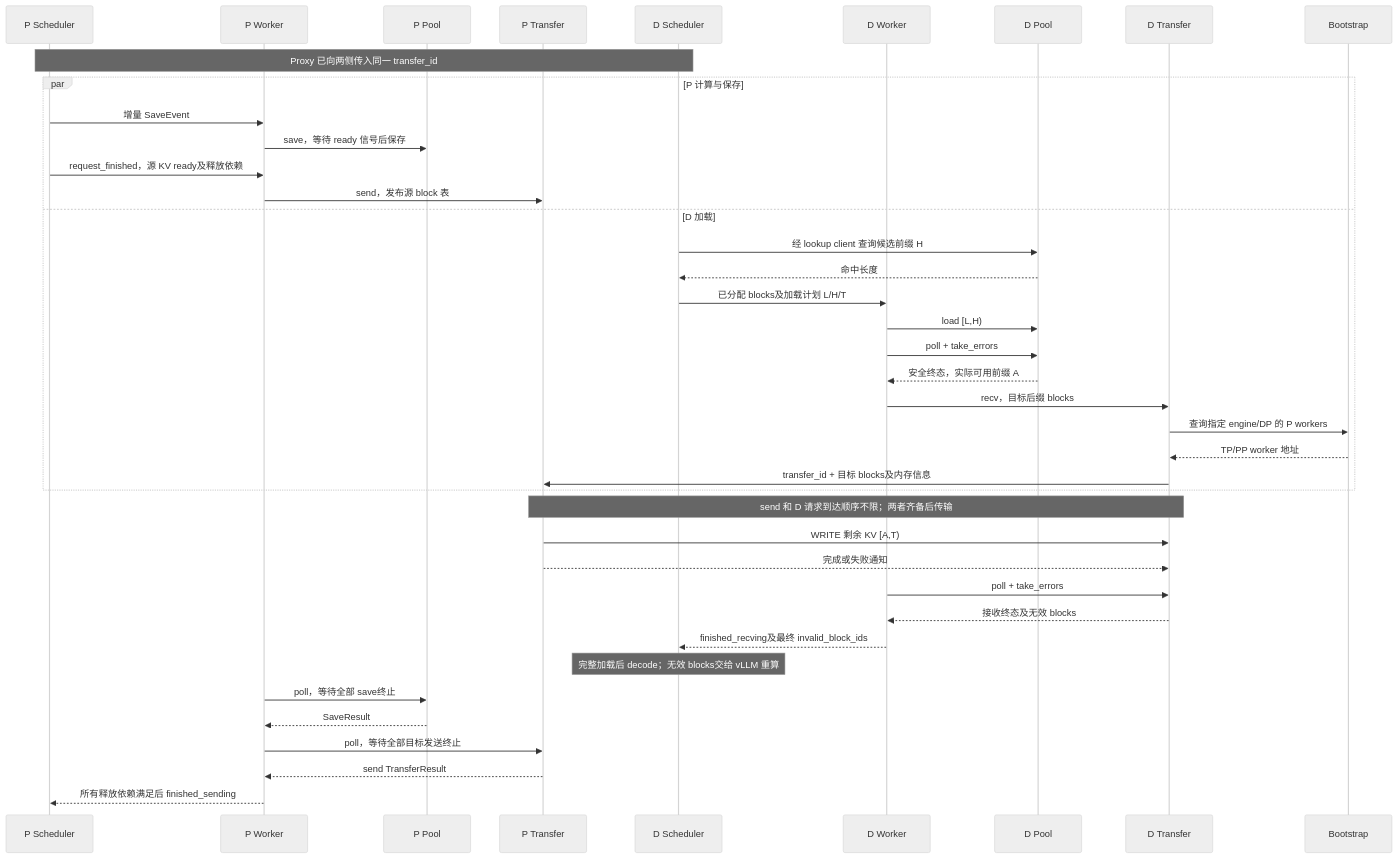
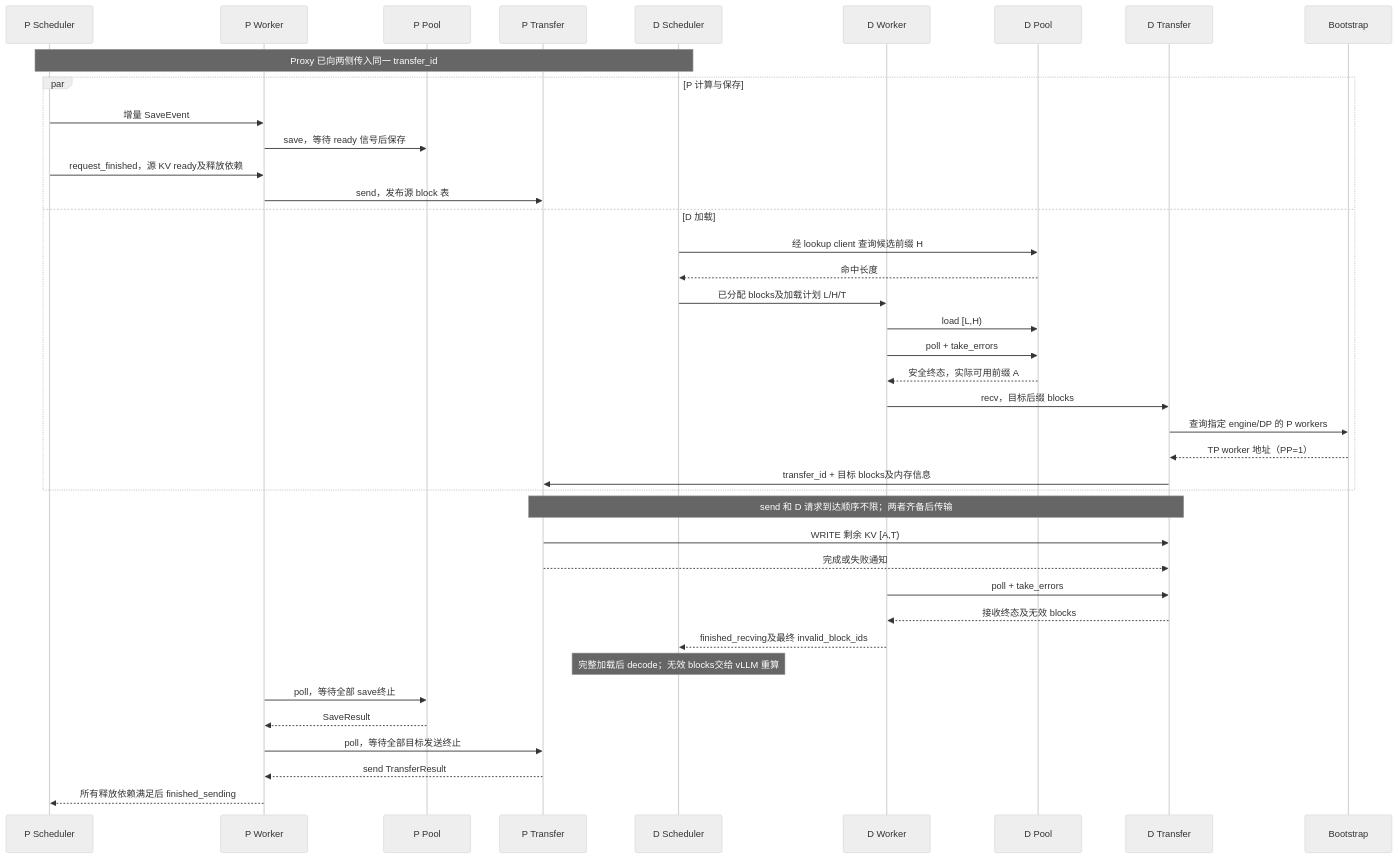
Before and after one commit to WangSu-X/MTSC: the third of 3 diagrams in docs/design/S05-pool&transfe.md, drawn with Mermaid (neutral theme). The commit also changed other lines of this file and 23 other files, not shown here.

````diff
--- a/docs/design/S05-pool&transfe.md
+++ b/docs/design/S05-pool&transfe.md
@@ -139,43 +139,43 @@
 ```mermaid
 sequenceDiagram
     participant PS as P Scheduler
     participant PW as P Worker
     participant PP as P Pool
     participant PT as P Transfer
     participant DS as D Scheduler
     participant DW as D Worker
     participant DP as D Pool
     participant DT as D Transfer
     participant BS as Bootstrap
 
     Note over PS,DS: Proxy 已向两侧传入同一 transfer_id
     par P 计算与保存
         PS->>PW: 增量 SaveEvent
         PW->>PP: save，等待 ready 信号后保存
         PS->>PW: request_finished，源 KV ready及释放依赖
         PW->>PT: send，发布源 block 表
     and D 加载
         DS->>DP: 经 lookup client 查询候选前缀 H
         DP-->>DS: 命中长度
         DS->>DW: 已分配 blocks及加载计划 L/H/T
         DW->>DP: load [L,H)
         DW->>DP: poll + take_errors
         DP-->>DW: 安全终态，实际可用前缀 A
         DW->>DT: recv，目标后缀 blocks
         DT->>BS: 查询指定 engine/DP 的 P workers
-        BS-->>DT: TP/PP worker 地址
+        BS-->>DT: TP worker 地址（PP=1）
         DT->>PT: transfer_id + 目标 blocks及内存信息
     end
     Note over PT,DT: send 和 D 请求到达顺序不限；两者齐备后传输
     PT->>DT: WRITE 剩余 KV [A,T)
     PT-->>DT: 完成或失败通知
     DW->>DT: poll + take_errors
     DT-->>DW: 接收终态及无效 blocks
     DW-->>DS: finished_recving及最终 invalid_block_ids
     Note over DS: 完整加载后 decode；无效 blocks交给 vLLM 重算
     PW->>PP: poll，等待全部 save终止
     PP-->>PW: SaveResult
     PW->>PT: poll，等待全部目标发送终止
     PT-->>PW: send TransferResult
     PW-->>PS: 所有释放依赖满足后 finished_sending
 ```
````
